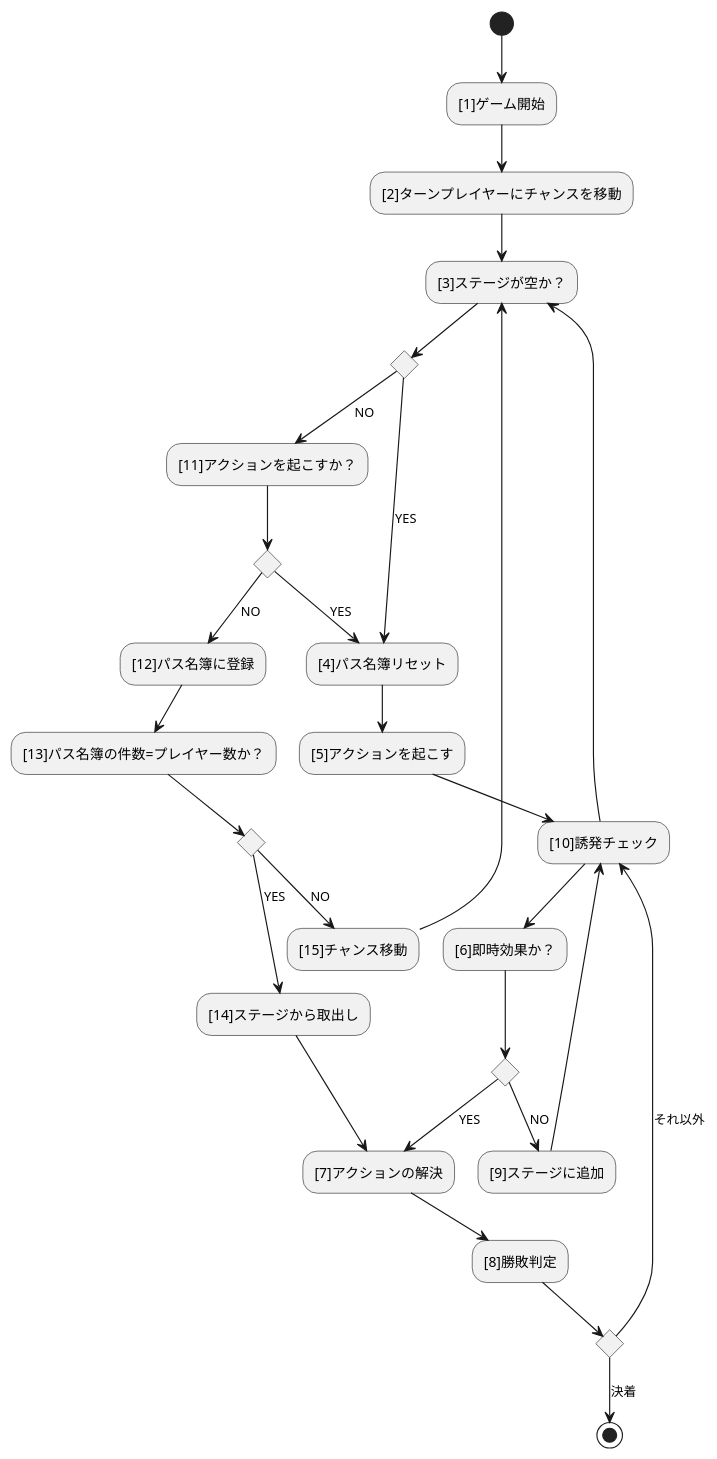
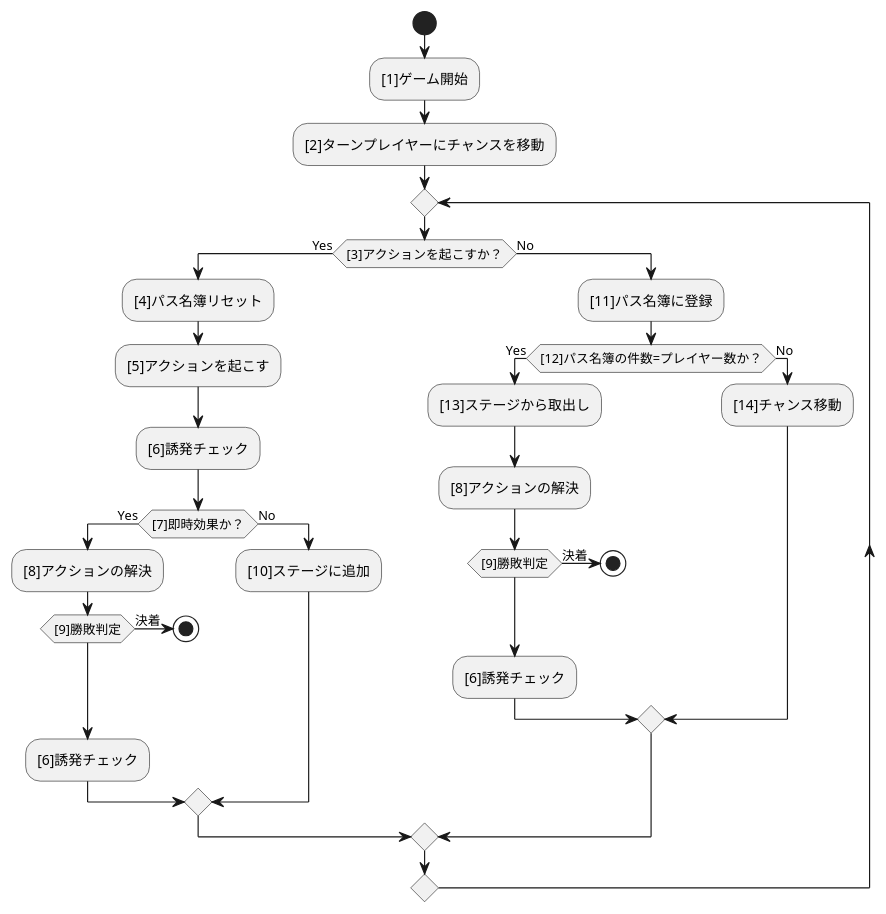
One commit to BlackPoker/BlackPoker changed the diagram in source/core/coreflow.puml. Above: the diagram before and after it, drawn with PlantUML. The commit also changed 1 other file, not shown here.

```diff
--- a/source/core/coreflow.puml
+++ b/source/core/coreflow.puml
@@ -1,40 +1,33 @@
 @startuml
-(*) --> "[1]ゲーム開始"
---> "[2]ターンプレイヤーにチャンスを移動"
--->"[3]ステージが空か？"
-
-if "" then
-    -->[YES] "[4]パス名簿リセット"
-    --> "[5]アクションを起こす"
-    --> "[10]誘発チェック"
-    --> "[6]即時効果か？"
-    if "" then
-        -->[YES] "[7]アクションの解決"
-        --> "[8]勝敗判定"
-        if "" then
-            -->[決着] (*)
-        else
-            -->[それ以外] "[10]誘発チェック"
+start
+:[1]ゲーム開始;
+:[2]ターンプレイヤーにチャンスを移動;
+repeat
+if ([3]アクションを起こすか？) then (Yes)
+    :[4]パス名簿リセット;
+    :[5]アクションを起こす;
+    :[6]誘発チェック;
+    if ([7]即時効果か？) then (Yes)
+        :[8]アクションの解決;
+        if ([9]勝敗判定) then (決着)
+            stop
         endif
-    else
-        -->[NO] "[9]ステージに追加"
-        --> "[10]誘発チェック"
+        :[6]誘発チェック;
+    else (No)
+        :[10]ステージに追加;
     endif
-    --> "[3]ステージが空か？"
-else
-    -->[NO] "[11]アクションを起こすか？"
-    if "" then
-        -->[YES] "[4]パス名簿リセット"
-    else
-        --> [NO] "[12]パス名簿に登録"
-        --> "[13]パス名簿の件数=プレイヤー数か？"
-        if "" then
-            -->[YES] ”[14]ステージから取出し”
-            --> "[7]アクションの解決"
-        else
-            --> [NO] "[15]チャンス移動"
-            --> "[3]ステージが空か？"
+else (No)
+    :[11]パス名簿に登録;
+    if ([12]パス名簿の件数=プレイヤー数か？) then (Yes)
+        :[13]ステージから取出し;
+        :[8]アクションの解決;
+        if ([9]勝敗判定) then (決着)
+            stop
         endif
+        :[6]誘発チェック;
+    else (No)
+        :[14]チャンス移動;
     endif
 endif
+repeat while()
 @enduml
```
